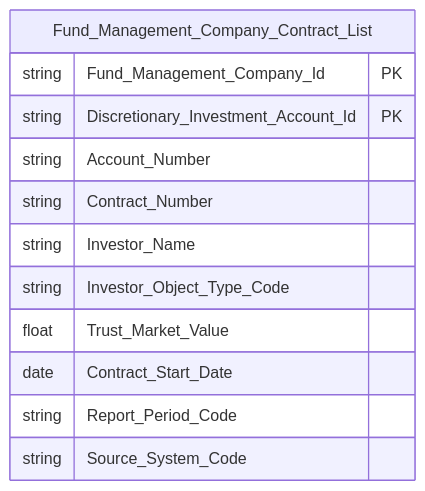
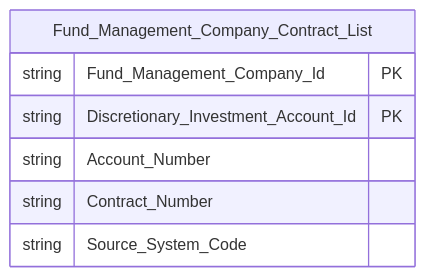
Diagram 17 of 37 in Datamart/hld/DTM_FMS_HLD.md (linhlvit/ubck_atomic_design), drawn with Mermaid before and after one commit. The commit also changed other lines of this file and 5 other files, not shown here.

````diff
--- a/Datamart/hld/DTM_FMS_HLD.md
+++ b/Datamart/hld/DTM_FMS_HLD.md
@@ -687,15 +606,10 @@
 ```mermaid
 erDiagram
     Fund_Management_Company_Contract_List {
         string Fund_Management_Company_Id PK
         string Discretionary_Investment_Account_Id PK
         string Account_Number
         string Contract_Number
-        string Investor_Name
-        string Investor_Object_Type_Code
-        float Trust_Market_Value
-        date Contract_Start_Date
-        string Report_Period_Code
         string Source_System_Code
     }
 ```
````
